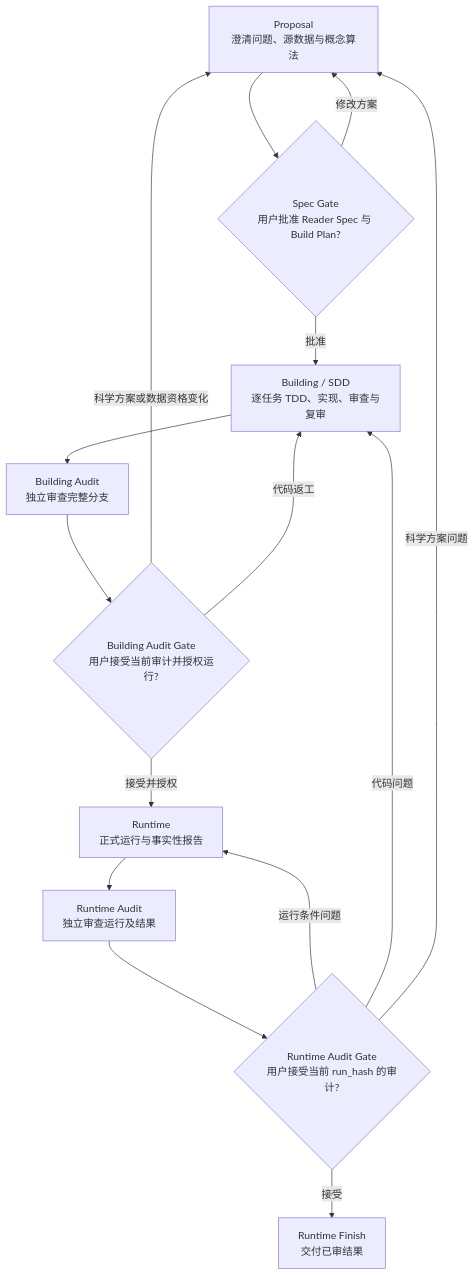
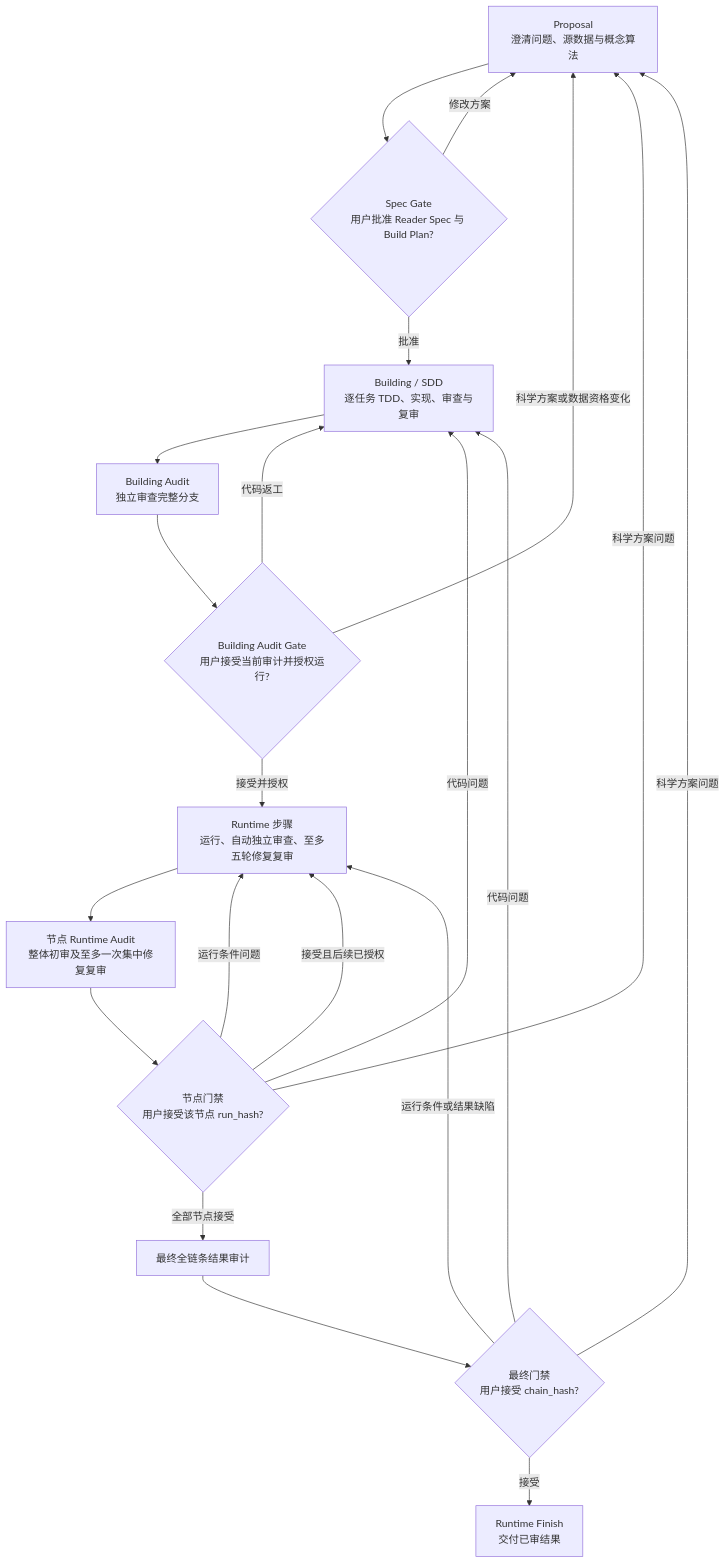
The diagram in README.md (houhoudehenduohhh/scientific-analysis-superpower), drawn with Mermaid before and after one commit. The commit also changed other lines of this file and 12 other files, not shown here.

````diff
--- a/README.md
+++ b/README.md
@@ -9,17 +9,23 @@
 ```mermaid
 flowchart TD
     P[Proposal<br/>澄清问题、源数据与概念算法] --> SG{Spec Gate<br/>用户批准 Reader Spec 与 Build Plan?}
     SG -- 修改方案 --> P
     SG -- 批准 --> B[Building / SDD<br/>逐任务 TDD、实现、审查与复审]
     B --> BA[Building Audit<br/>独立审查完整分支]
     BA --> BAG{Building Audit Gate<br/>用户接受当前审计并授权运行?}
     BAG -- 科学方案或数据资格变化 --> P
     BAG -- 代码返工 --> B
-    BAG -- 接受并授权 --> R[Runtime<br/>正式运行与事实性报告]
-    R --> RA[Runtime Audit<br/>独立审查运行及结果]
-    RA --> RAG{Runtime Audit Gate<br/>用户接受当前 run_hash 的审计?}
+    BAG -- 接受并授权 --> R[Runtime 步骤<br/>运行、自动独立审查、至多五轮修复复审]
+    R --> RA[节点 Runtime Audit<br/>整体初审及至多一次集中修复复审]
+    RA --> RAG{节点门禁<br/>用户接受该节点 run_hash?}
     RAG -- 运行条件问题 --> R
     RAG -- 代码问题 --> B
     RAG -- 科学方案问题 --> P
-    RAG -- 接受 --> F[Runtime Finish<br/>交付已审结果]
+    RAG -- 接受且后续已授权 --> R
+    RAG -- 全部节点接受 --> FA[最终全链条结果审计]
+    FA --> FAG{最终门禁<br/>用户接受 chain_hash?}
+    FAG -- 运行条件或结果缺陷 --> R
+    FAG -- 代码问题 --> B
+    FAG -- 科学方案问题 --> P
+    FAG -- 接受 --> F[Runtime Finish<br/>交付已审结果]
 ```
````
